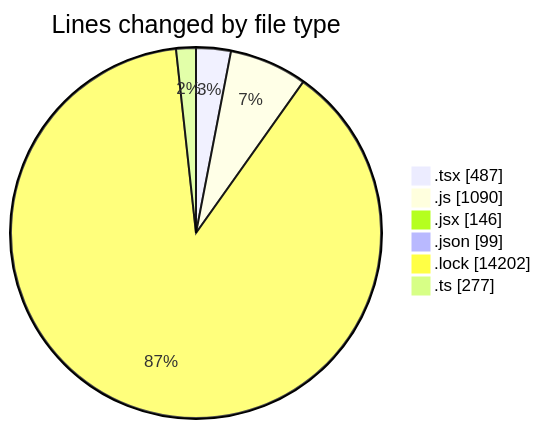
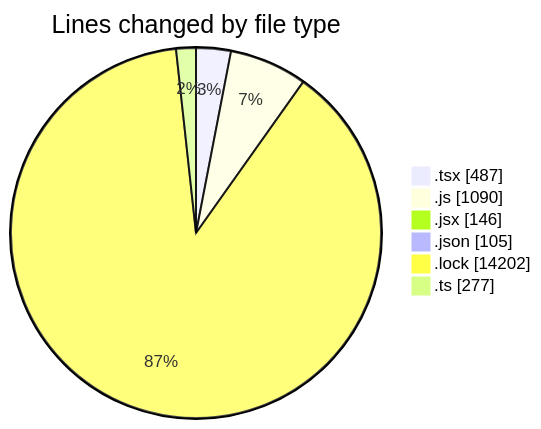
The first of 2 diagrams in 2025-05-08/cda/README.md (momahboobian/code-tracking), drawn with Mermaid before and after one commit. The commit also changed other lines of this file and 1 other file, not shown here.

````diff
--- a/2025-05-08/cda/README.md
+++ b/2025-05-08/cda/README.md
@@ -35,10 +35,10 @@
 ```mermaid
 pie showData
 title Lines changed by file type
 ".tsx" : 487
 ".js" : 1090
 ".jsx" : 146
-".json" : 99
+".json" : 105
 ".lock" : 14202
 ".ts" : 277
 ```
````
